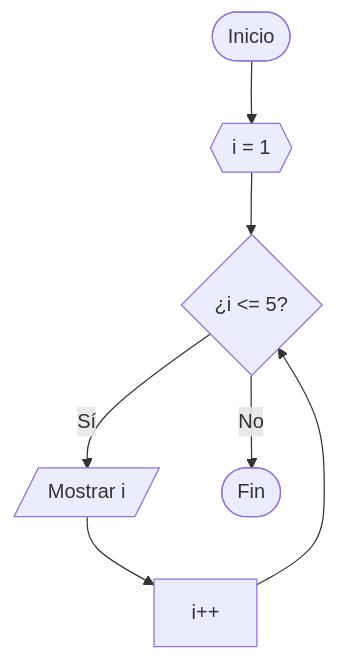
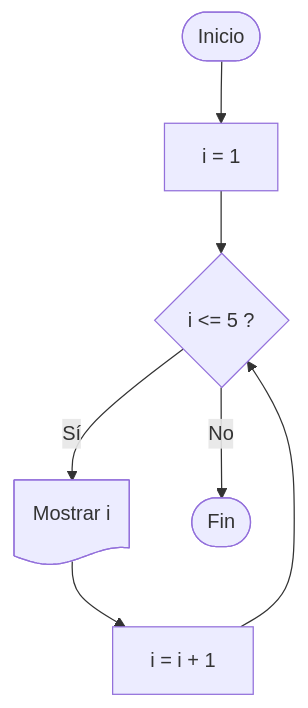
Before and after one commit to Abel-DB/Algoritmos-programacion: diagram 13 of 15 in Tema04_Control/1-instrucciones_control.md, drawn with Mermaid. The commit also changed other lines of this file, not shown here.

````diff
--- a/Tema04_Control/1-instrucciones_control.md
+++ b/Tema04_Control/1-instrucciones_control.md
@@ -186,15 +255,17 @@
-~~~mermaid
+```mermaid
 flowchart TD
+
 A([Inicio])
-B{{i = 1}}
-C{¿i <= 5?}
-D[/Mostrar i/]
-E[i++]
+B@{ shape: rect, label: "i = 1" }
+
+C@{ shape: diamond, label: "i <= 5 ?" }
+
+D@{ shape: doc, label: "Mostrar i" }
+E@{ shape: rect, label: "i = i + 1" }
+
 F([Fin])
 
 A --> B --> C
-C -->|Sí| D
-D --> E
-E --> C
+C -->|Sí| D --> E --> C
 C -->|No| F
-~~~
+```
````
